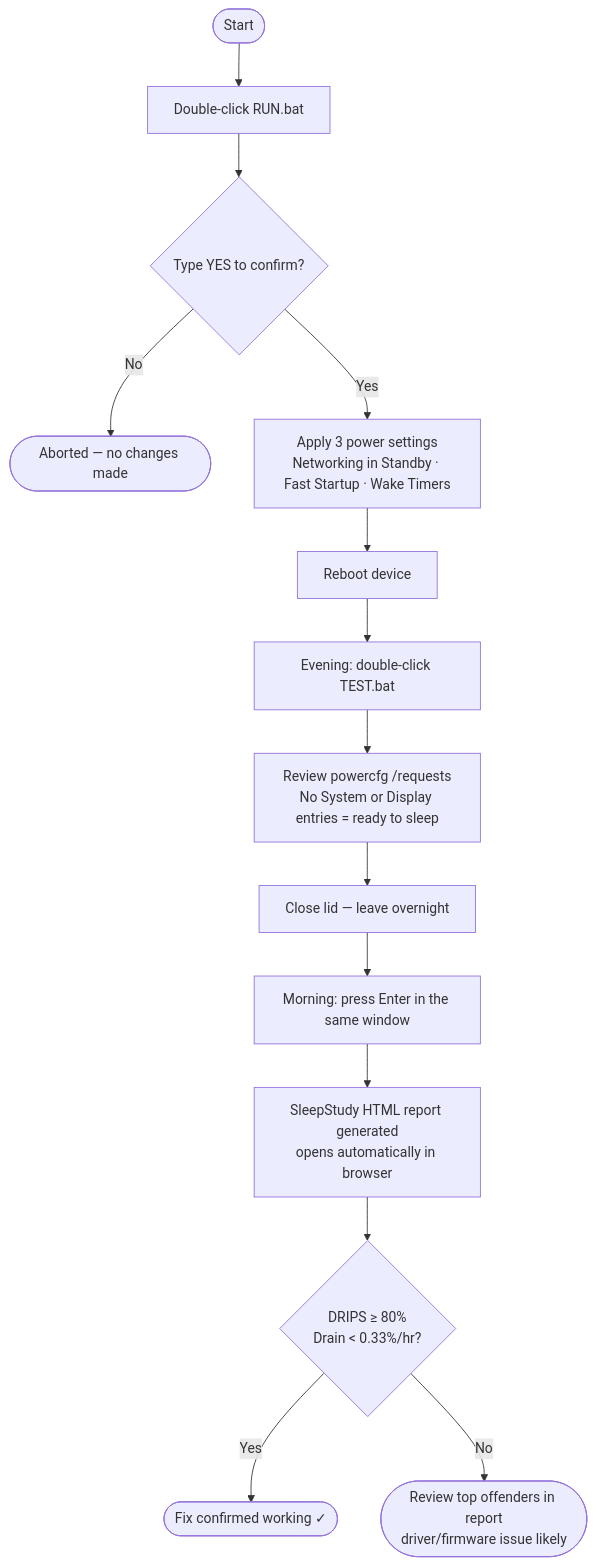
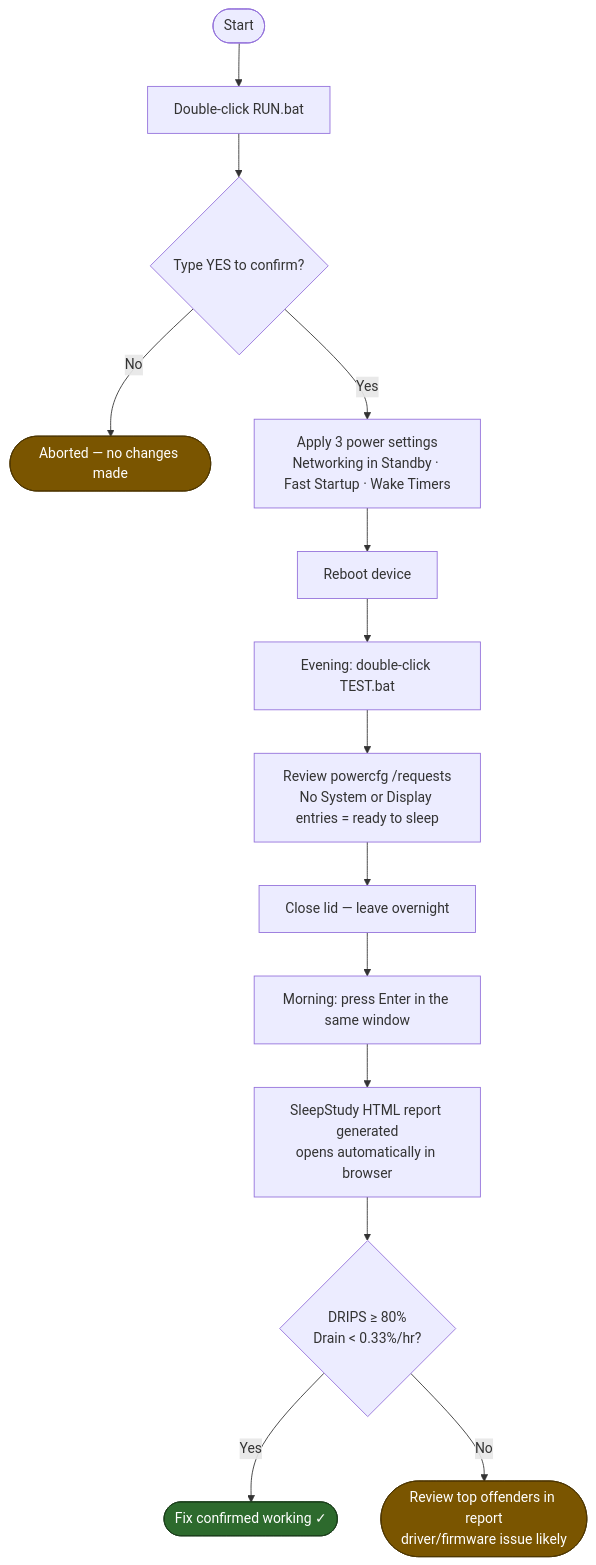
The diagram in README.md (5a9awneh/Fix-ModernStandby), drawn with Mermaid before and after one commit.

Commit message:
docs: add semantic coloring to flowchart

````diff
--- a/README.md
+++ b/README.md
@@ -55,16 +55,20 @@
 ```mermaid
 flowchart TD
     A([Start]) --> B[Double-click RUN.bat]
     B --> C{Type YES to confirm?}
     C -- No --> D([Aborted — no changes made])
     C -- Yes --> E[Apply 3 power settings\nNetworking in Standby · Fast Startup · Wake Timers]
     E --> F[Reboot device]
     F --> G[Evening: double-click TEST.bat]
     G --> H[Review powercfg /requests\nNo System or Display entries = ready to sleep]
     H --> I[Close lid — leave overnight]
     I --> J[Morning: press Enter in the same window]
     J --> K[SleepStudy HTML report generated\nopens automatically in browser]
     K --> L{DRIPS ≥ 80%\nDrain < 0.33%/hr?}
     L -- Yes --> M([Fix confirmed working ✓])
     L -- No --> N([Review top offenders in report\ndriver/firmware issue likely])
+    classDef success fill:#2d6a2d,color:#fff,stroke:#1a3d1a
+    classDef warning fill:#7a5500,color:#fff,stroke:#4d3600
+    class M success
+    class D,N warning
 ```
````
